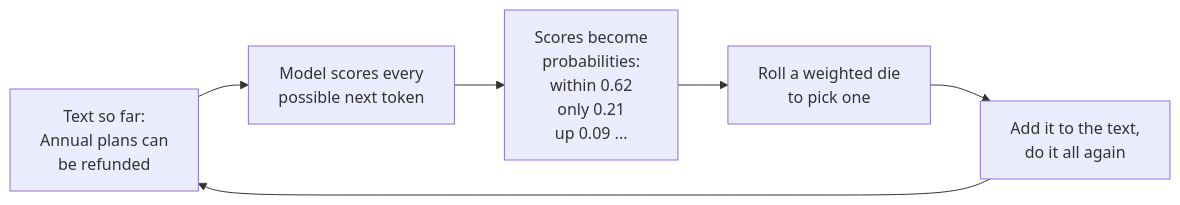
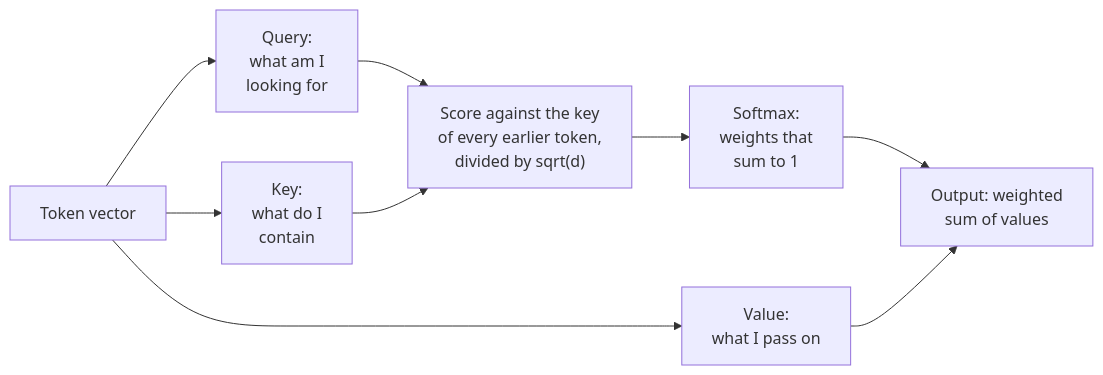
Before and after one commit to shubamchaudhary/CodeNITW: the fifth of 10 diagrams in src/Data/aiStackDocs/CH-01.md, drawn with Mermaid. The commit also changed other lines of this file and 52 other files, not shown here.

````diff
--- a/src/Data/aiStackDocs/CH-01.md
+++ b/src/Data/aiStackDocs/CH-01.md
@@ -80,8 +111,11 @@
 ```mermaid
 flowchart LR
-    P["Text so far:<br/>Annual plans can<br/>be refunded"] --> M["Model scores every<br/>possible next token"]
-    M --> D["Scores become<br/>probabilities:<br/>within 0.62<br/>only 0.21<br/>up 0.09 ..."]
-    D --> S["Roll a weighted die<br/>to pick one"]
-    S --> N["Add it to the text,<br/>do it all again"]
-    N --> P
+    X["Token vector"] --> Q["Query:<br/>what am I<br/>looking for"]
+    X --> K["Key:<br/>what do I<br/>contain"]
+    X --> V["Value:<br/>what I pass on"]
+    Q --> SC["Score against the key<br/>of every earlier token,<br/>divided by sqrt(d)"]
+    K --> SC
+    SC --> SM["Softmax:<br/>weights that<br/>sum to 1"]
+    SM --> O["Output: weighted<br/>sum of values"]
+    V --> O
 ```
````
